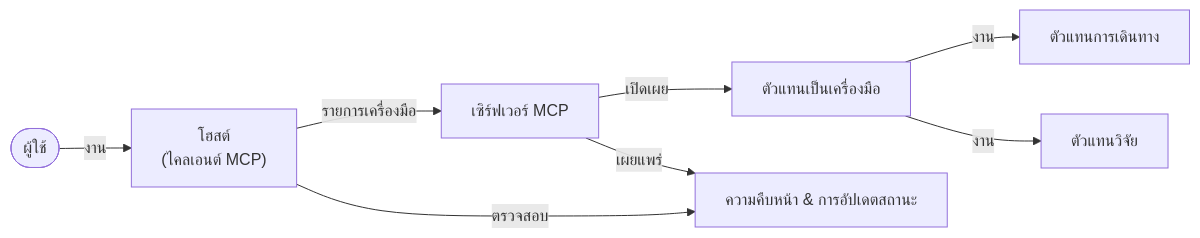
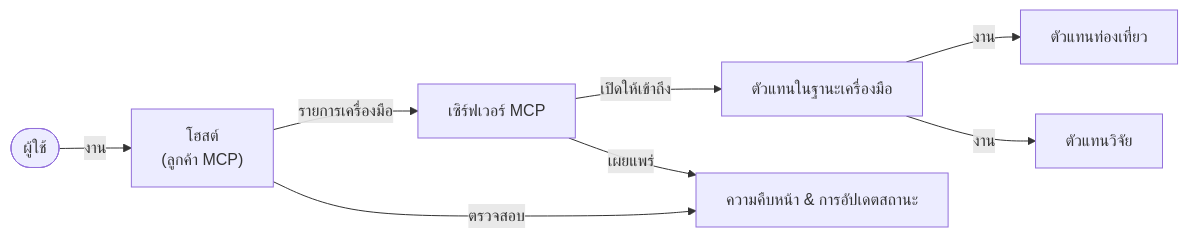
The fifth of 5 diagrams in mirrors/repos/microsoft@ai-agents-for-beginners/translations/th/11-agentic-protocols/code_samples/mcp-agents/README.md (gabrielmoreira/agent-skills-mirror), drawn with Mermaid before and after one commit. The commit also changed other lines of this file and 4262 other files, not shown here.

````diff
--- a/mirrors/repos/microsoft@ai-agents-for-beginners/translations/th/11-agentic-protocols/code_samples/mcp-agents/README.md
+++ b/mirrors/repos/microsoft@ai-agents-for-beginners/translations/th/11-agentic-protocols/code_samples/mcp-agents/README.md
@@ -433,15 +448,15 @@
 ```mermaid
 graph LR
-    User([ผู้ใช้]) -->|"งาน"| Host["โฮสต์<br/>(ไคลเอนต์ MCP)"]
+    User([ผู้ใช้]) -->|"งาน"| Host["โฮสต์<br/>(ลูกค้า MCP)"]
     Host -->|รายการเครื่องมือ| Server[เซิร์ฟเวอร์ MCP]
-    Server -->|เปิดเผย| AgentsTools[ตัวแทนเป็นเครื่องมือ]
-    AgentsTools -->|งาน| AgentA[ตัวแทนการเดินทาง]
+    Server -->|เปิดให้เข้าถึง| AgentsTools[ตัวแทนในฐานะเครื่องมือ]
+    AgentsTools -->|งาน| AgentA[ตัวแทนท่องเที่ยว]
     AgentsTools -->|งาน| AgentB[ตัวแทนวิจัย]
 
     Host -->|ตรวจสอบ| StateUpdates[ความคืบหน้า & การอัปเดตสถานะ]
     Server -->|เผยแพร่| StateUpdates
 
     class User user;
     class AgentA,AgentB agent;
     class Host,Server,StateUpdates core;
 ```
````
